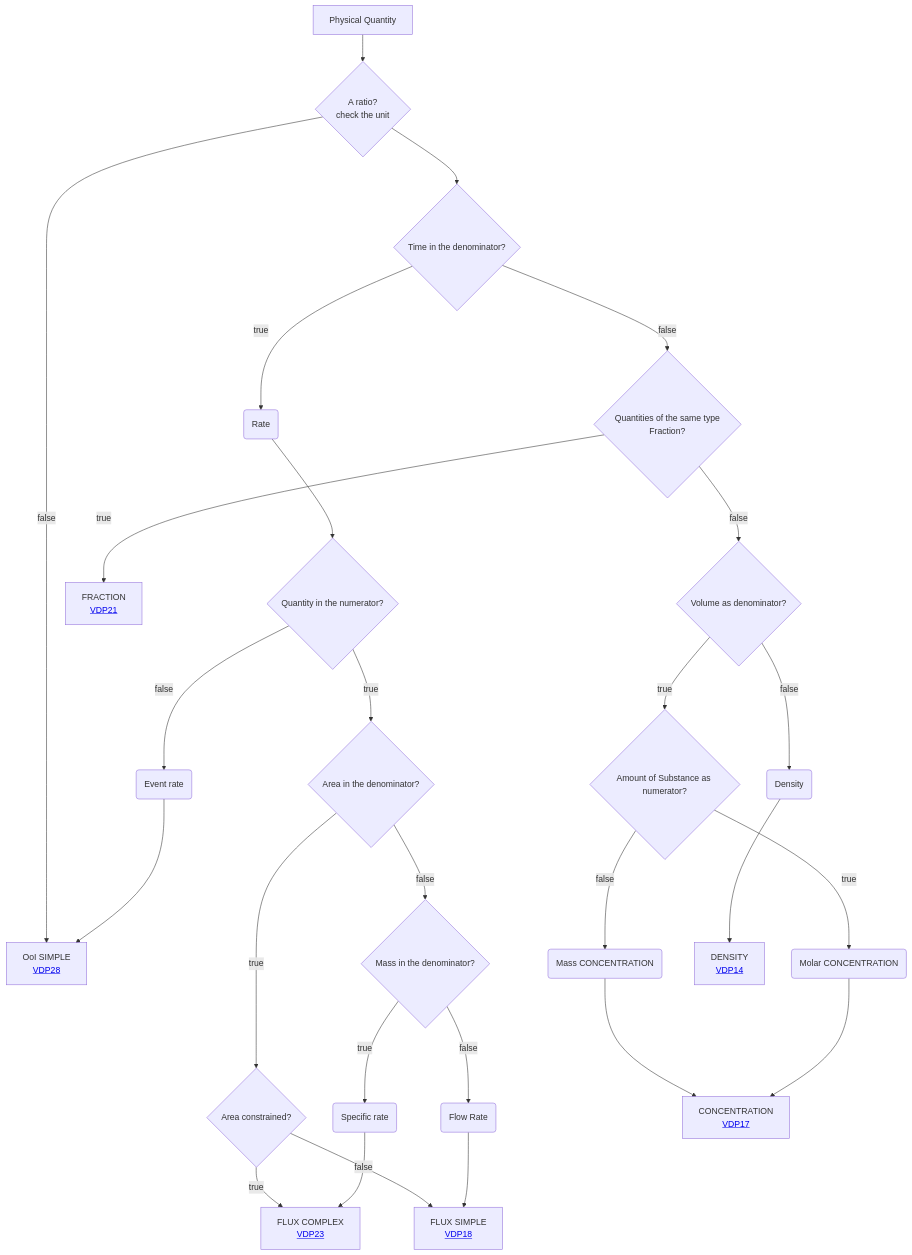
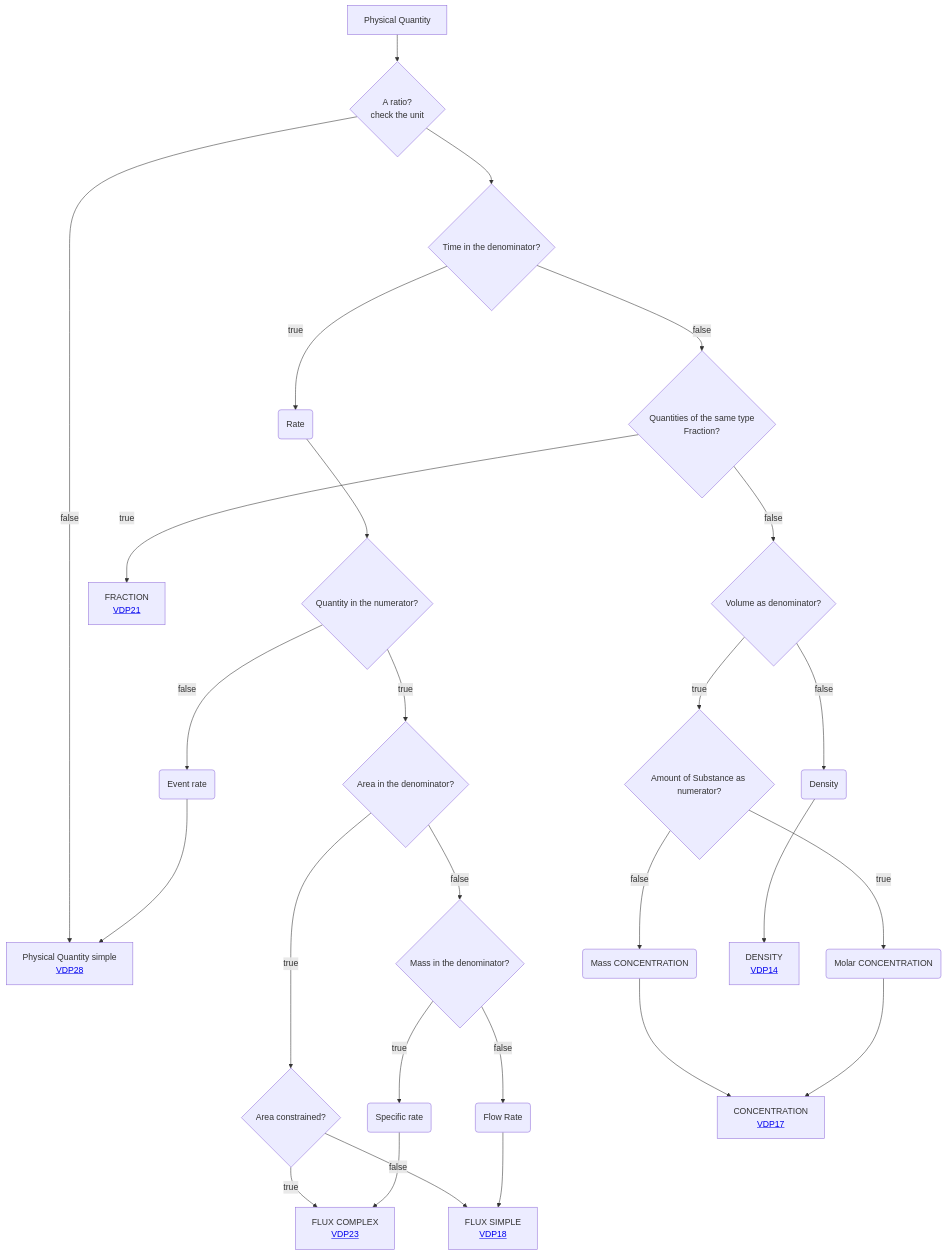
The diagram in Decisition_trees/DT2.mmd (mabablue/I-ADOPT-patterns-playground), drawn with Mermaid before and after one commit.

Commit message:
Update label for false branch in flowchart

```diff
--- a/Decisition_trees/DT2.mmd
+++ b/Decisition_trees/DT2.mmd
@@ -1,27 +1,27 @@
 flowchart TD
     A[Physical Quantity] --> B{A ratio?<br>check the unit}
     B --> C{Time in the denominator?} 
-    B --> |false|I[OoI SIMPLE <br> <a href='https://github.com/mabablue/I-ADOPT-patterns-playground/blob/main/pattern/VDP28.yaml'>VDP28</a>]
+    B --> |false|I[Physical Quantity simple <br> <a href='https://github.com/mabablue/I-ADOPT-patterns-playground/blob/main/pattern/VDP28.yaml'>VDP28</a>]
     C --> |true|MN(Rate) 
     MN --> N{Quantity in the numerator?}
     C --> |false|D{Quantities of the same type <br> Fraction?}
     E --> |true|F{Area constrained?}
     E --> |false|K{Mass in the denominator?} 
     F --> |true|G[FLUX COMPLEX <br> <a href='https://github.com/mabablue/I-ADOPT-patterns-playground/blob/main/pattern/VDP23.yaml'>VDP23</a>]
     F --> |false|H[FLUX SIMPLE <br> <a href='https://github.com/mabablue/I-ADOPT-patterns-playground/blob/main/pattern/VDP18.yaml'>VDP18</a>]
     K --> |true|L(Specific rate)
     L --> G
     K --> |false|M(Flow Rate)
     M --> H
     N --> |true|E{Area in the denominator?}
     N --> |false|O(Event rate)
     O --> I
     D --> |true|J[FRACTION <br> <a href='https://github.com/mabablue/I-ADOPT-patterns-playground/blob/main/pattern/VDP21.yaml'>VDP21</a>]
     D --> |false|P{Volume as denominator?}
     P --> |true|Q{Amount of Substance as numerator?}
     Q --> |true|R(Molar CONCENTRATION)
     Q --> |false|S(Mass CONCENTRATION)
     P --> |false|U(Density)
     S --> T[CONCENTRATION <br> <a href='https://github.com/mabablue/I-ADOPT-patterns-playground/blob/main/pattern/VDP17.yaml'>VDP17</a>]
     R --> T
     U --> V[DENSITY <br> <a href='https://github.com/mabablue/I-ADOPT-patterns-playground/blob/main/pattern/VDP14.yaml'>VDP14</a>]
```
